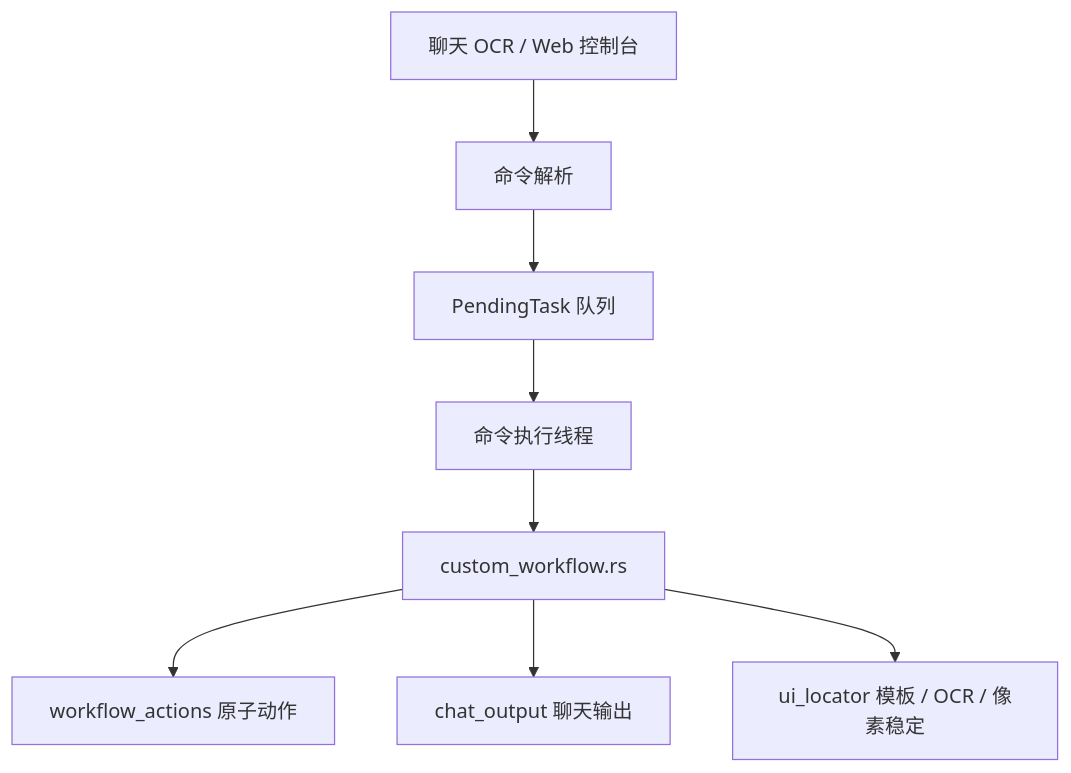
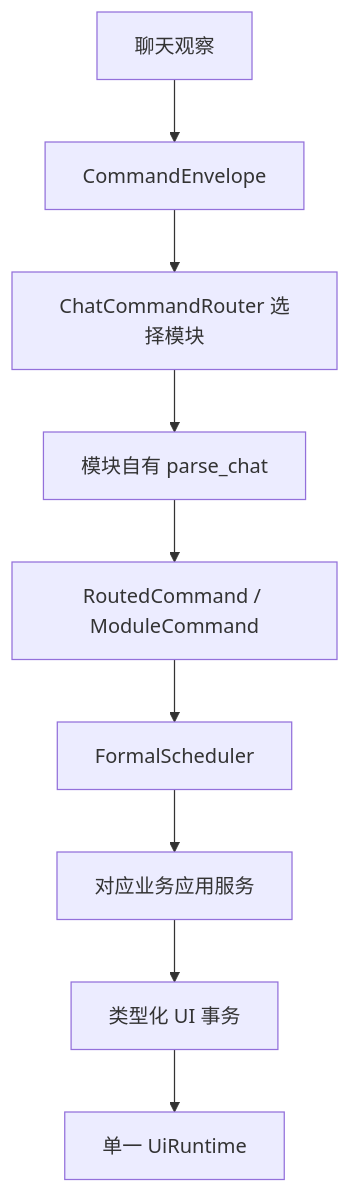
Before and after one commit to XingNian-www/Miliastra-Wonderland-Music: the diagram in docs/custom-workflow-moderation-flow.md, drawn with Mermaid. The commit also changed other lines of this file and 105 other files, not shown here.

Commit message:
refactor: finish v2 architecture migration

````diff
--- a/docs/custom-workflow-moderation-flow.md
+++ b/docs/custom-workflow-moderation-flow.md
@@ -16,10 +9,11 @@
 ```mermaid
 flowchart TD
-    A["聊天 OCR / Web 控制台"] --> B["命令解析"]
-    B --> C["PendingTask 队列"]
-    C --> D["命令执行线程"]
-    D --> E["custom_workflow.rs"]
-    E --> F["workflow_actions 原子动作"]
-    E --> G["chat_output 聊天输出"]
-    E --> H["ui_locator 模板 / OCR / 像素稳定"]
+    A["聊天观察"] --> B["CommandEnvelope"]
+    B --> C["ChatCommandRouter 选择模块"]
+    C --> D["模块自有 parse_chat"]
+    D --> E["RoutedCommand / ModuleCommand"]
+    E --> F["FormalScheduler"]
+    F --> G["对应业务应用服务"]
+    G --> H["类型化 UI 事务"]
+    H --> I["单一 UiRuntime"]
 ```
````
